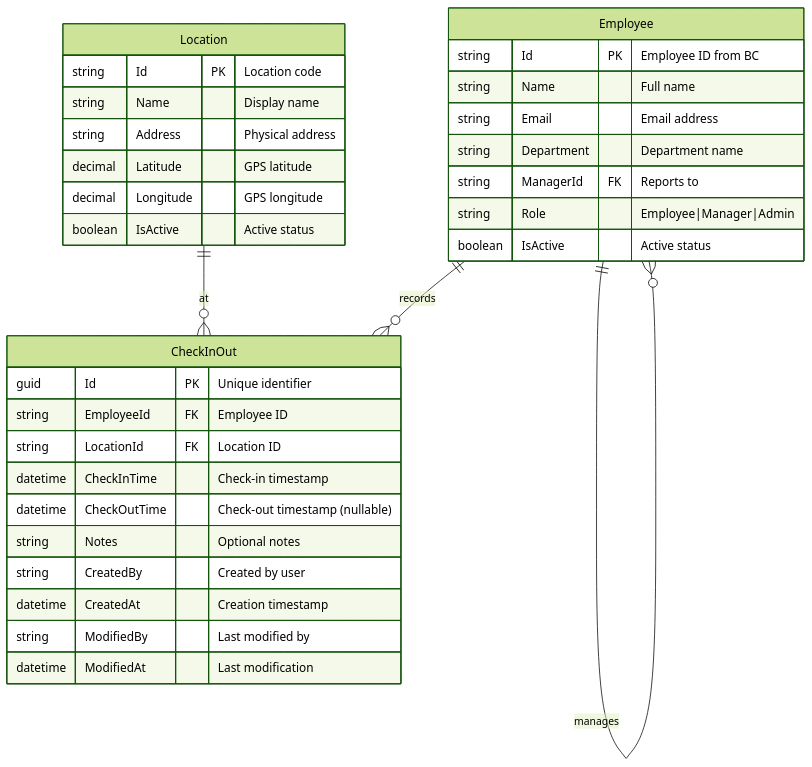
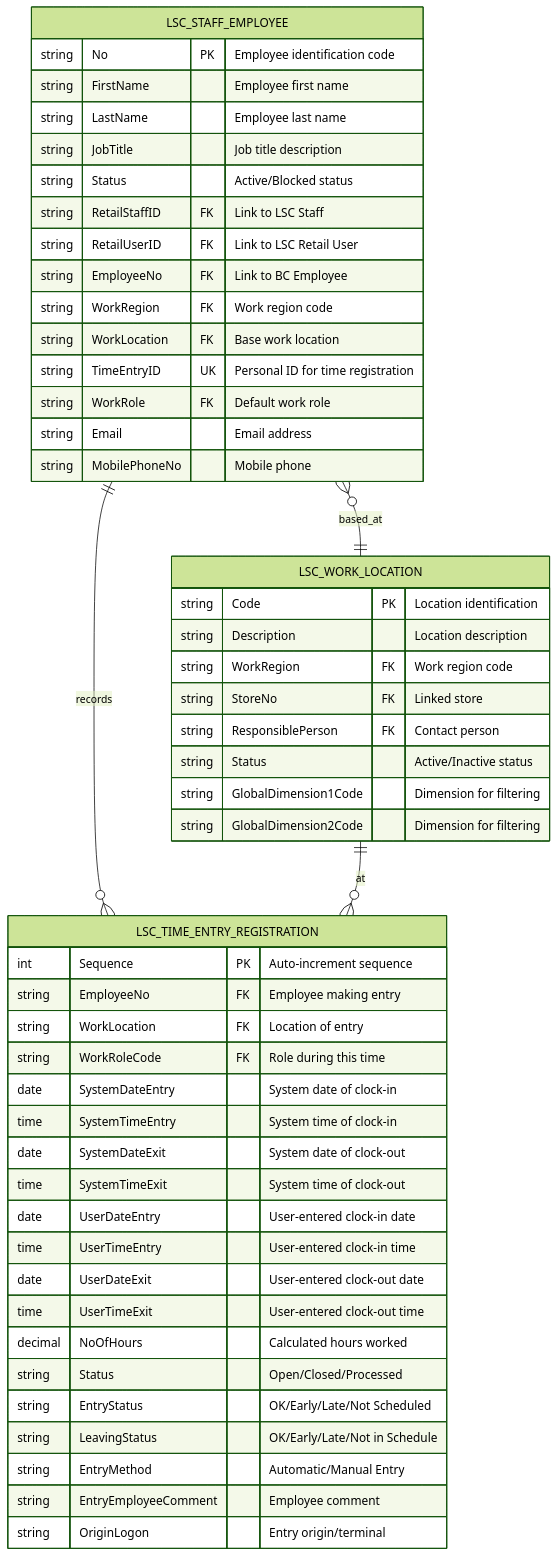
The first of 4 diagrams in CheckInOut/Database_Schema.md (avazquezuk/PowerAppCheckInDemo), drawn with Mermaid (forest theme) before and after one commit. The commit also changed other lines of this file and 1 other file, not shown here.

Commit message:
feat: Update database schema documentation for LS Central Staff Management module, including detailed table specifications and relationships

````diff
--- a/CheckInOut/Database_Schema.md
+++ b/CheckInOut/Database_Schema.md
@@ -5,38 +10,56 @@
 ```mermaid
 erDiagram
-    Employee ||--o{ CheckInOut : "records"
-    Location ||--o{ CheckInOut : "at"
-    Employee ||--o{ Employee : "manages"
+    LSC_STAFF_EMPLOYEE ||--o{ LSC_TIME_ENTRY_REGISTRATION : "records"
+    LSC_WORK_LOCATION ||--o{ LSC_TIME_ENTRY_REGISTRATION : "at"
+    LSC_STAFF_EMPLOYEE }o--|| LSC_WORK_LOCATION : "based_at"
 
-    Employee {
-        string Id PK "Employee ID from BC"
-        string Name "Full name"
+    LSC_STAFF_EMPLOYEE {
+        string No PK "Employee identification code"
+        string FirstName "Employee first name"
+        string LastName "Employee last name"
+        string JobTitle "Job title description"
+        string Status "Active/Blocked status"
+        string RetailStaffID FK "Link to LSC Staff"
+        string RetailUserID FK "Link to LSC Retail User"
+        string EmployeeNo FK "Link to BC Employee"
+        string WorkRegion FK "Work region code"
+        string WorkLocation FK "Base work location"
+        string TimeEntryID UK "Personal ID for time registration"
+        string WorkRole FK "Default work role"
         string Email "Email address"
-        string Department "Department name"
-        string ManagerId FK "Reports to"
-        string Role "Employee|Manager|Admin"
-        boolean IsActive "Active status"
+        string MobilePhoneNo "Mobile phone"
     }
 
-    Location {
-        string Id PK "Location code"
-        string Name "Display name"
-        string Address "Physical address"
-        decimal Latitude "GPS latitude"
-        decimal Longitude "GPS longitude"
-        boolean IsActive "Active status"
+    LSC_WORK_LOCATION {
+        string Code PK "Location identification"
+        string Description "Location description"
+        string WorkRegion FK "Work region code"
+        string StoreNo FK "Linked store"
+        string ResponsiblePerson FK "Contact person"
+        string Status "Active/Inactive status"
+        string GlobalDimension1Code "Dimension for filtering"
+        string GlobalDimension2Code "Dimension for filtering"
     }
 
-    CheckInOut {
-        guid Id PK "Unique identifier"
-        string EmployeeId FK "Employee ID"
-        string LocationId FK "Location ID"
-        datetime CheckInTime "Check-in timestamp"
-        datetime CheckOutTime "Check-out timestamp (nullable)"
-        string Notes "Optional notes"
-        string CreatedBy "Created by user"
-        datetime CreatedAt "Creation timestamp"
-        string ModifiedBy "Last modified by"
-        datetime ModifiedAt "Last modification"
+    LSC_TIME_ENTRY_REGISTRATION {
+        int Sequence PK "Auto-increment sequence"
+        string EmployeeNo FK "Employee making entry"
+        string WorkLocation FK "Location of entry"
+        string WorkRoleCode FK "Role during this time"
+        date SystemDateEntry "System date of clock-in"
+        time SystemTimeEntry "System time of clock-in"
+        date SystemDateExit "System date of clock-out"
+        time SystemTimeExit "System time of clock-out"
+        date UserDateEntry "User-entered clock-in date"
+        time UserTimeEntry "User-entered clock-in time"
+        date UserDateExit "User-entered clock-out date"
+        time UserTimeExit "User-entered clock-out time"
+        decimal NoOfHours "Calculated hours worked"
+        string Status "Open/Closed/Processed"
+        string EntryStatus "OK/Early/Late/Not Scheduled"
+        string LeavingStatus "OK/Early/Late/Not in Schedule"
+        string EntryMethod "Automatic/Manual Entry"
+        string EntryEmployeeComment "Employee comment"
+        string OriginLogon "Entry origin/terminal"
     }
 ```
````
